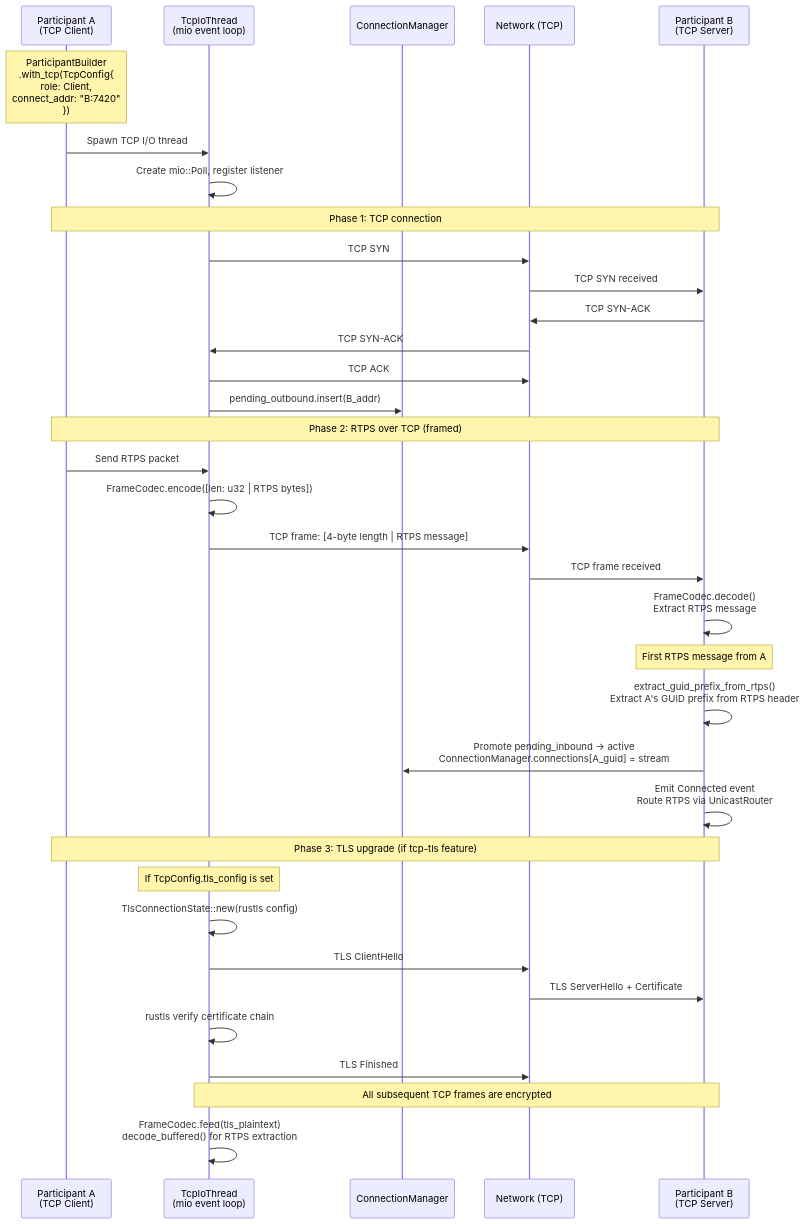
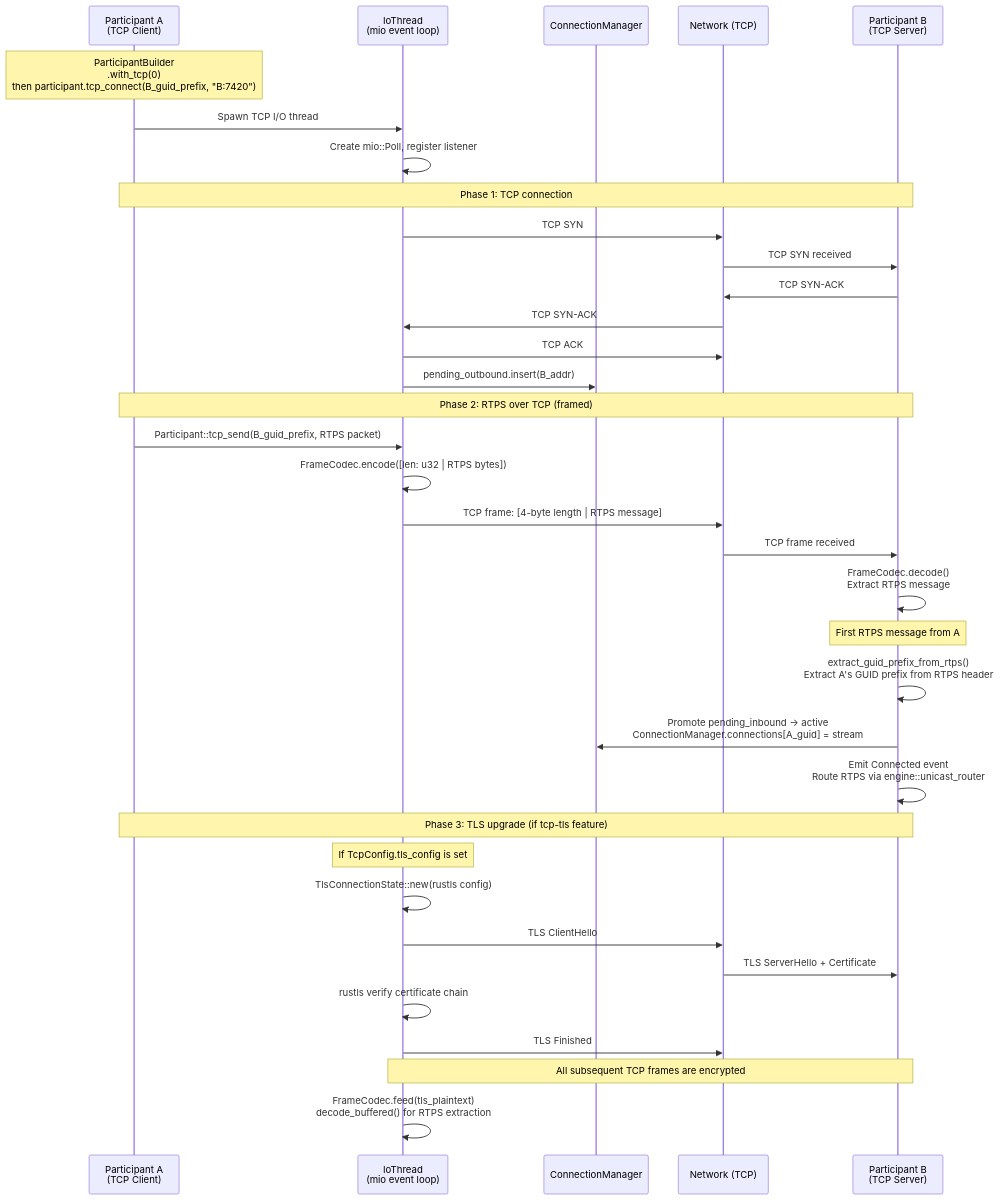
One commit to hdds-team/hdds changed the ninth of 9 diagrams in docs/sequence-diagrams.md. Above: the diagram before and after it, drawn with Mermaid. The commit also changed other lines of this file and 1712 other files, not shown here.

````diff
--- a/docs/sequence-diagrams.md
+++ b/docs/sequence-diagrams.md
@@ -464,46 +474,46 @@
 ```mermaid
 sequenceDiagram
     participant A as Participant A<br/>(TCP Client)
-    participant IO as TcpIoThread<br/>(mio event loop)
+    participant IO as IoThread<br/>(mio event loop)
     participant CM as ConnectionManager
     participant NET as Network (TCP)
     participant B as Participant B<br/>(TCP Server)
 
-    Note over A: ParticipantBuilder<br/>.with_tcp(TcpConfig{<br/>  role: Client,<br/>  connect_addr: "B:7420"<br/>})
+    Note over A: ParticipantBuilder<br/>.with_tcp(0)<br/>then participant.tcp_connect(B_guid_prefix, "B:7420")
 
     A->>IO: Spawn TCP I/O thread
     IO->>IO: Create mio::Poll, register listener
 
     Note over A,B: Phase 1: TCP connection
 
     IO->>NET: TCP SYN
     NET->>B: TCP SYN received
     B->>NET: TCP SYN-ACK
     NET->>IO: TCP SYN-ACK
     IO->>NET: TCP ACK
     IO->>CM: pending_outbound.insert(B_addr)
 
     Note over A,B: Phase 2: RTPS over TCP (framed)
 
-    A->>IO: Send RTPS packet
+    A->>IO: Participant::tcp_send(B_guid_prefix, RTPS packet)
     IO->>IO: FrameCodec.encode([len: u32 | RTPS bytes])
     IO->>NET: TCP frame: [4-byte length | RTPS message]
     NET->>B: TCP frame received
     B->>B: FrameCodec.decode()<br/>Extract RTPS message
 
     Note over B: First RTPS message from A
     B->>B: extract_guid_prefix_from_rtps()<br/>Extract A's GUID prefix from RTPS header
     B->>CM: Promote pending_inbound -> active<br/>ConnectionManager.connections[A_guid] = stream
-    B->>B: Emit Connected event<br/>Route RTPS via UnicastRouter
+    B->>B: Emit Connected event<br/>Route RTPS via engine::unicast_router
 
     Note over A,B: Phase 3: TLS upgrade (if tcp-tls feature)
 
     Note over IO: If TcpConfig.tls_config is set
     IO->>IO: TlsConnectionState::new(rustls config)
     IO->>NET: TLS ClientHello
     NET->>B: TLS ServerHello + Certificate
     IO->>IO: rustls verify certificate chain
     IO->>NET: TLS Finished
     Note over IO,B: All subsequent TCP frames are encrypted
     IO->>IO: FrameCodec.feed(tls_plaintext)<br/>decode_buffered() for RTPS extraction
 ```
````
